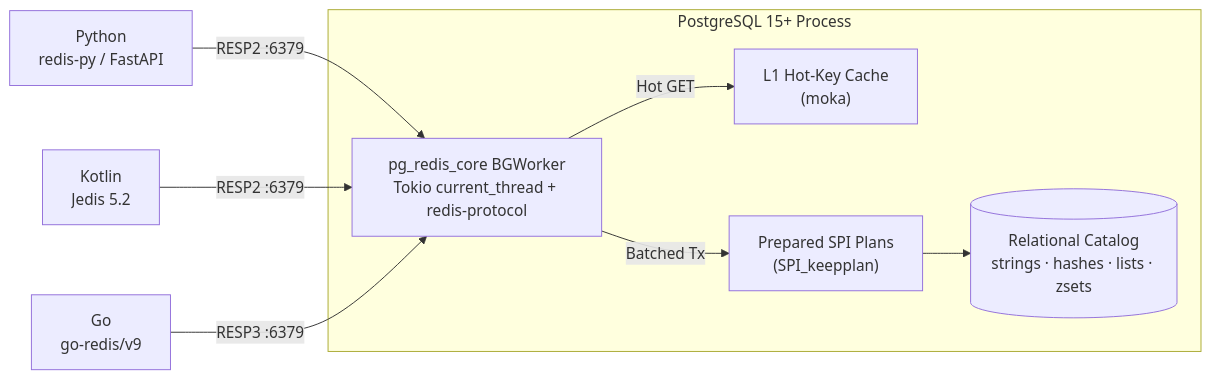
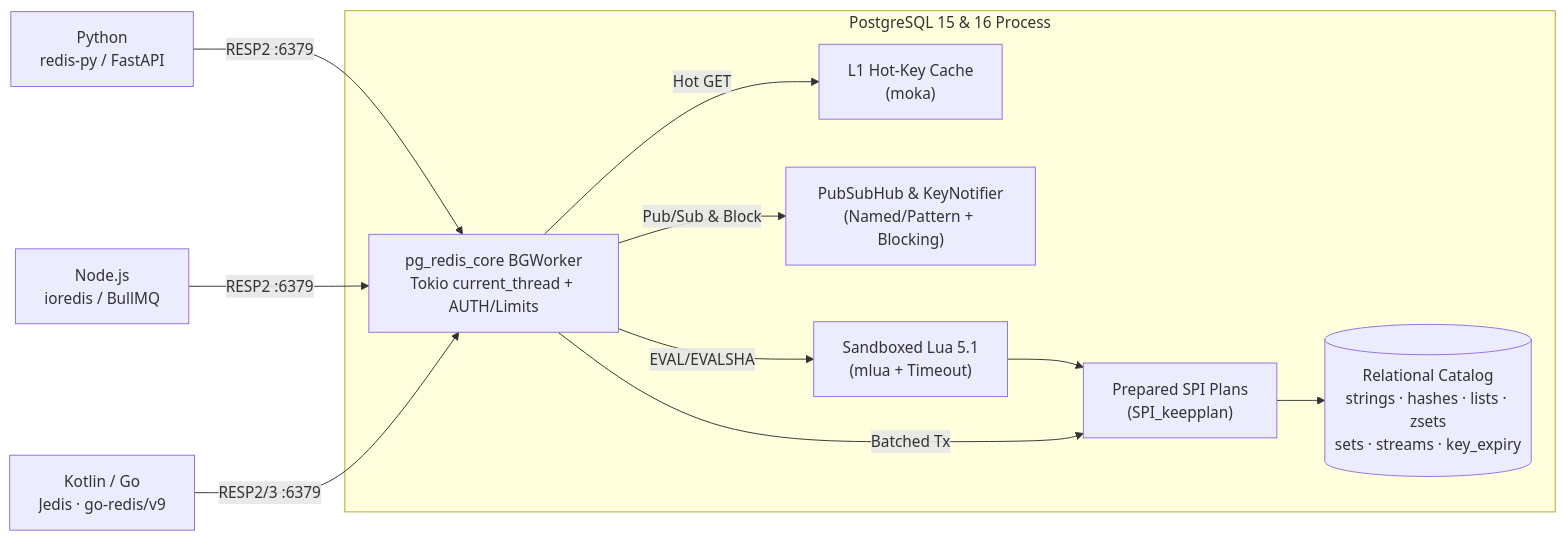
The diagram in docs/index.md (MegacoderKim/pg2redis), drawn with Mermaid before and after one commit. The commit also changed other lines of this file and 12 other files, not shown here.

````diff
--- a/docs/index.md
+++ b/docs/index.md
@@ -96,17 +110,22 @@
 ```mermaid
 flowchart LR
     C1["Python<br/>redis-py / FastAPI"] -->|RESP2 :6379| BG
-    C2["Kotlin<br/>Jedis 5.2"] -->|RESP2 :6379| BG
-    C3["Go<br/>go-redis/v9"] -->|RESP3 :6379| BG
+    C2["Node.js<br/>ioredis / BullMQ"] -->|RESP2 :6379| BG
+    C3["Kotlin / Go<br/>Jedis · go-redis/v9"] -->|RESP2/3 :6379| BG
 
-    subgraph PG["PostgreSQL 15+ Process"]
-        BG["pg_redis_core BGWorker<br/>Tokio current_thread + redis-protocol"]
+    subgraph PG["PostgreSQL 15 & 16 Process"]
+        BG["pg_redis_core BGWorker<br/>Tokio current_thread + AUTH/Limits"]
         L1["L1 Hot-Key Cache<br/>(moka)"]
+        PS["PubSubHub &amp; KeyNotifier<br/>(Named/Pattern + Blocking)"]
+        LUA["Sandboxed Lua 5.1<br/>(mlua + Timeout)"]
         SPI["Prepared SPI Plans<br/>(SPI_keepplan)"]
-        TBL[("Relational Catalog<br/>strings · hashes · lists · zsets")]
+        TBL[("Relational Catalog<br/>strings · hashes · lists · zsets<br/>sets · streams · key_expiry")]
 
         BG -->|Hot GET| L1
+        BG -->|Pub/Sub &amp; Block| PS
+        BG -->|EVAL/EVALSHA| LUA
+        LUA --> SPI
         BG -->|Batched Tx| SPI
         SPI --> TBL
     end
 ```
````
